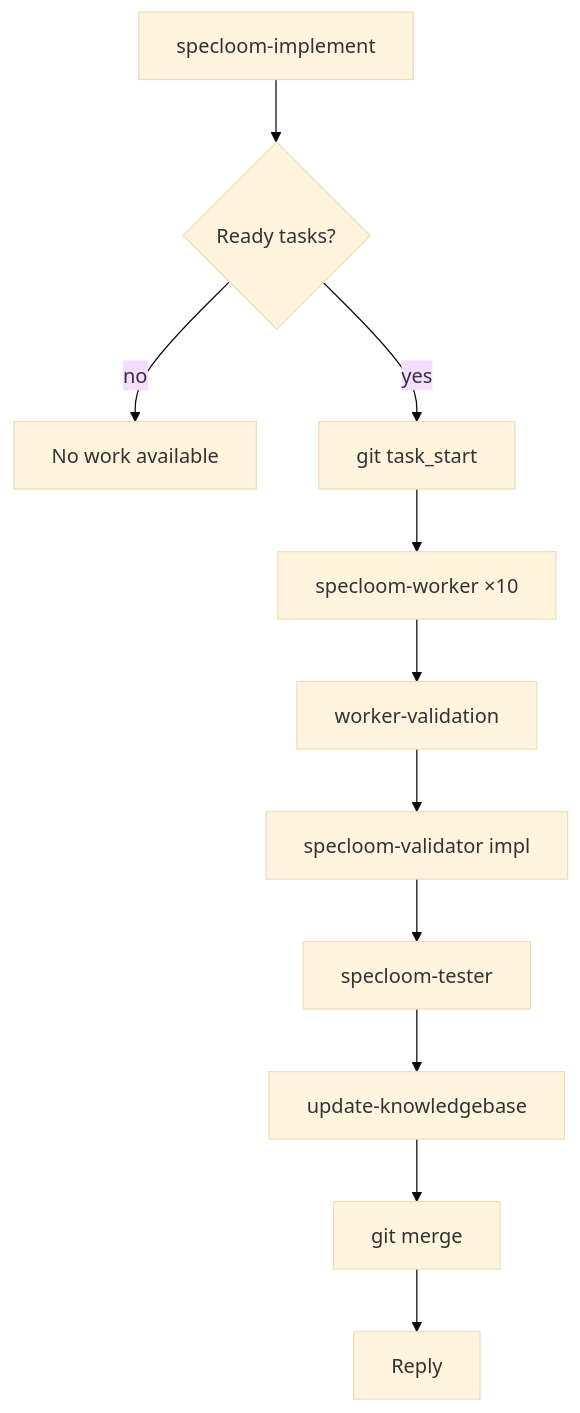
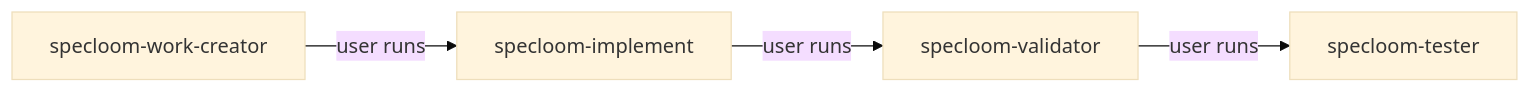
Before and after one commit to AIHeart-Professional/specloom: the diagram in WORKFLOW.md, drawn with Mermaid (base theme). The commit also changed other lines of this file and 25 other files, not shown here.

````diff
--- a/WORKFLOW.md
+++ b/WORKFLOW.md
@@ -78,14 +34,11 @@
 ```mermaid
-flowchart TB
+flowchart LR
+  WC[specloom-work-creator]
   IMP[specloom-implement]
-  IMP --> SCAN2{Ready tasks?}
-  SCAN2 -->|no| N2[No work available]
-  SCAN2 -->|yes| G3[git task_start]
-  G3 --> WRK[specloom-worker ×10]
-  WRK --> WV[worker-validation]
-  WV --> VAL[specloom-validator impl]
-  VAL --> TST[specloom-tester]
-  TST --> KB[update-knowledgebase]
-  G4[git merge] --> DONE2[Reply]
-  KB --> G4
+  VAL[specloom-validator]
+  TST[specloom-tester]
+
+  WC -->|user runs| IMP
+  IMP -->|user runs| VAL
+  VAL -->|user runs| TST
 ```
````
